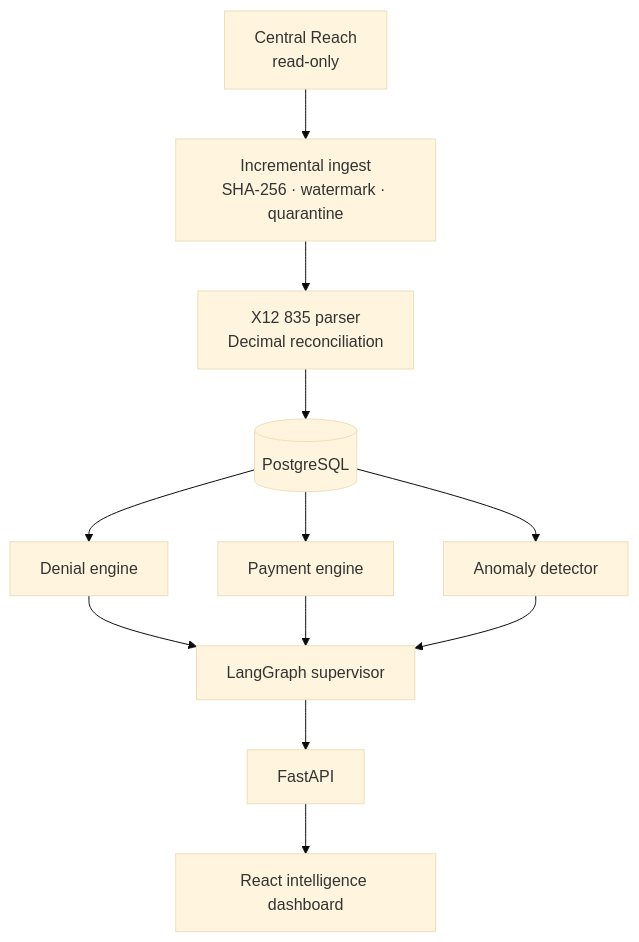
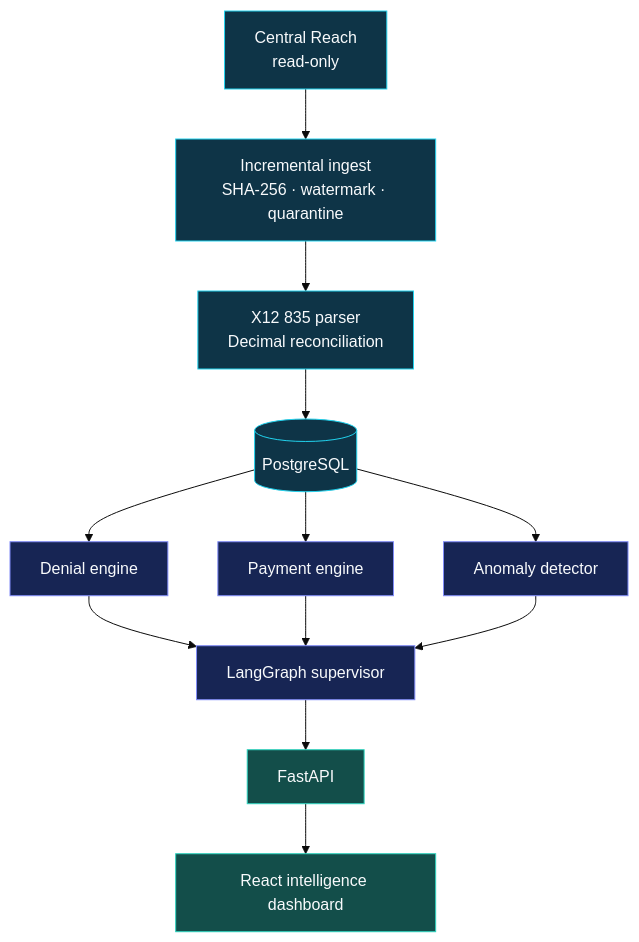
One commit to Manoj-calpion/pmab-remittance-intelligence. changed the diagram in README.md. Above: the diagram before and after it, drawn with Mermaid (base theme). The commit also changed other lines of this file, not shown here.

````diff
--- a/README.md
+++ b/README.md
@@ -56,14 +58,20 @@
 ```mermaid
 flowchart TD
+  classDef source fill:#0e3447,stroke:#22d3ee,color:#f8fafc
+  classDef engine fill:#172554,stroke:#818cf8,color:#f8fafc
+  classDef output fill:#134e4a,stroke:#2dd4bf,color:#f8fafc
   CR["Central Reach<br/>read-only"] --> ING["Incremental ingest<br/>SHA-256 · watermark · quarantine"]
   ING --> EDI["X12 835 parser<br/>Decimal reconciliation"]
   EDI --> DB[("PostgreSQL")]
   DB --> DEN["Denial engine"]
   DB --> PAY["Payment engine"]
   DB --> ANO["Anomaly detector"]
   DEN --> SUP["LangGraph supervisor"]
   PAY --> SUP
   ANO --> SUP
   SUP --> API["FastAPI"]
   API --> UI["React intelligence dashboard"]
+  class CR,ING,EDI,DB source
+  class DEN,PAY,ANO,SUP engine
+  class API,UI output
 ```
````
